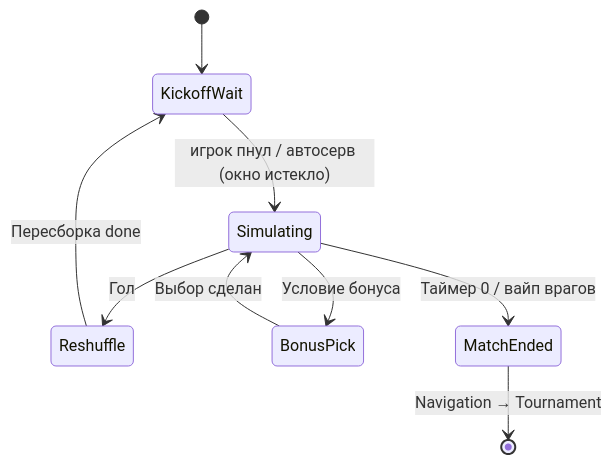
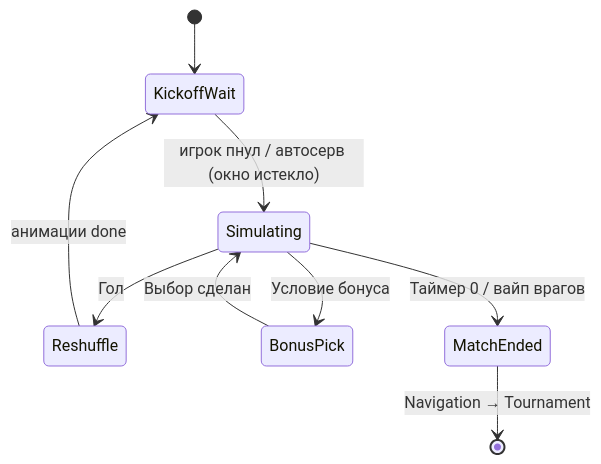
The third of 3 diagrams in Wiki/FutboloidWiki/Архитектура/Машины состояний.md (DeployChef/Futboloid), drawn with Mermaid before and after one commit. The commit also changed other lines of this file and 7 other files, not shown here.

````diff
--- a/Wiki/FutboloidWiki/Архитектура/Машины состояний.md
+++ b/Wiki/FutboloidWiki/Архитектура/Машины состояний.md
@@ -146,11 +146,11 @@
 ```mermaid
 stateDiagram-v2
     [*] --> KickoffWait
     KickoffWait --> Simulating: игрок пнул / автосерв (окно истекло)
     Simulating --> Reshuffle: Гол
-    Reshuffle --> KickoffWait: Пересборка done
+    Reshuffle --> KickoffWait: анимации done
     Simulating --> BonusPick: Условие бонуса
     BonusPick --> Simulating: Выбор сделан
     Simulating --> MatchEnded: Таймер 0 / вайп врагов
     MatchEnded --> [*]: Navigation → Tournament
 ```
````
